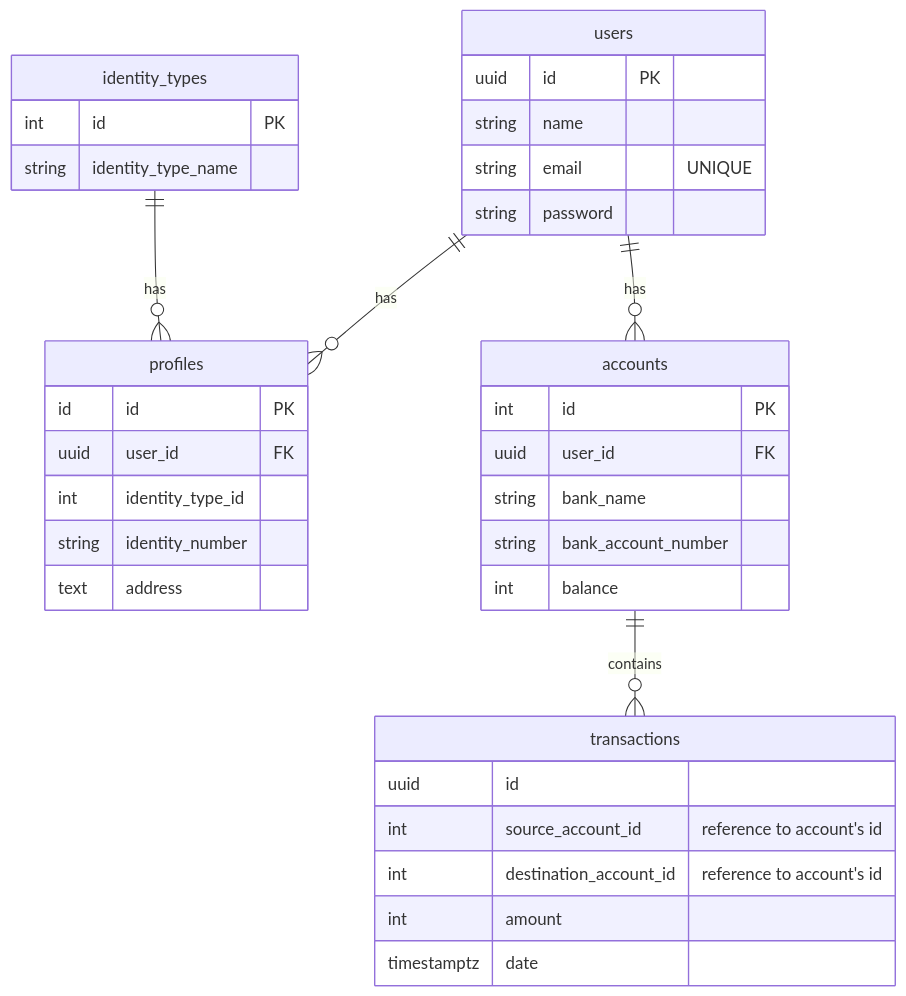
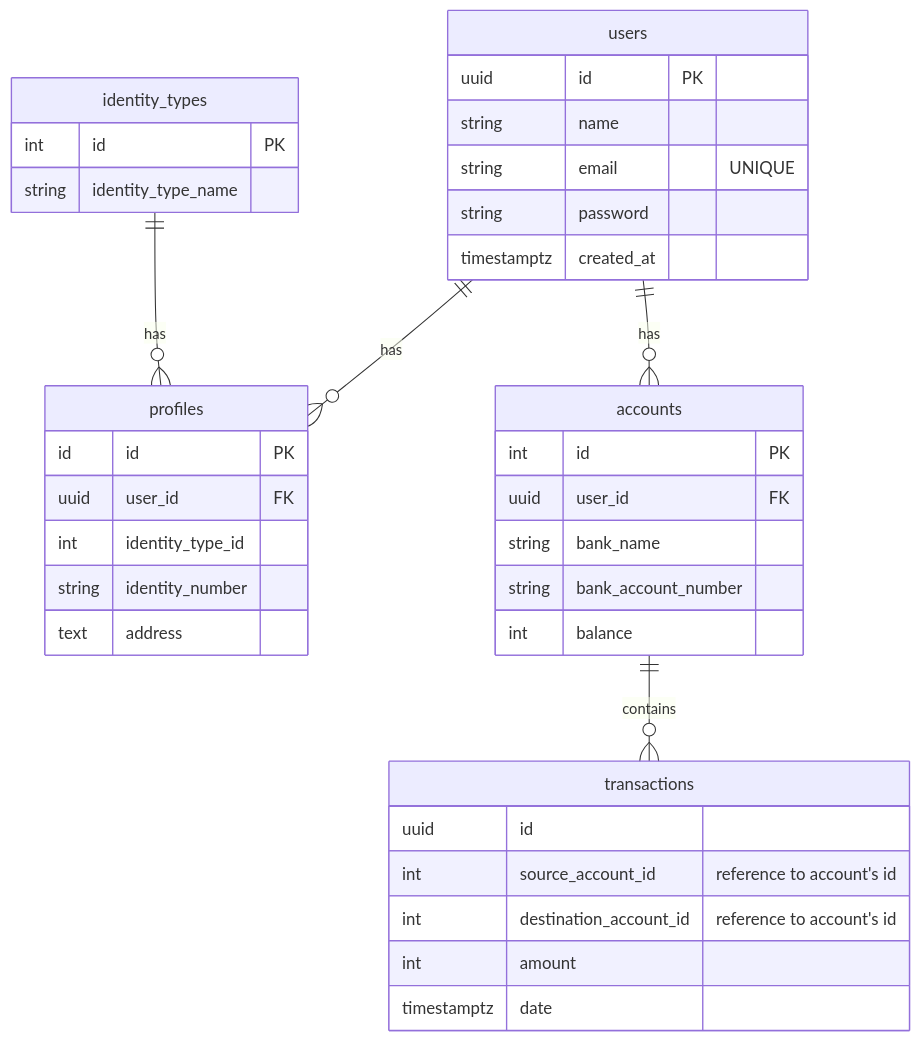
The diagram in README.md (KevinDylanPrayudi/BEJS_fgabatch2_KevinDylanPrayudi_ChallengeChapter4), drawn with Mermaid before and after one commit.

Commit message:
docs(README): adding new column (created_at) in account's table

````diff
--- a/README.md
+++ b/README.md
@@ -2,42 +2,43 @@
 ```mermaid
 erDiagram
     users ||--o{ profiles : has
     users ||--o{ accounts : has
     users {
         uuid id PK
         string name
         string email "UNIQUE"
         string password
+        timestamptz created_at
     }
 
     profiles {
         id id PK
         uuid user_id FK
         int identity_type_id
         string identity_number
         text address
     }
 
     identity_types ||--o{ profiles : has
     identity_types {
         int id PK
         string identity_type_name
     }
 
     accounts ||--o{ transactions : contains
     accounts {
         int id PK
         uuid user_id FK
         string bank_name
         string bank_account_number
         int balance
     }
 
    transactions {
         uuid id
         int source_account_id "reference to account's id"
         int destination_account_id "reference to account's id"
         int amount
         timestamptz date
    } 
 ```
````
